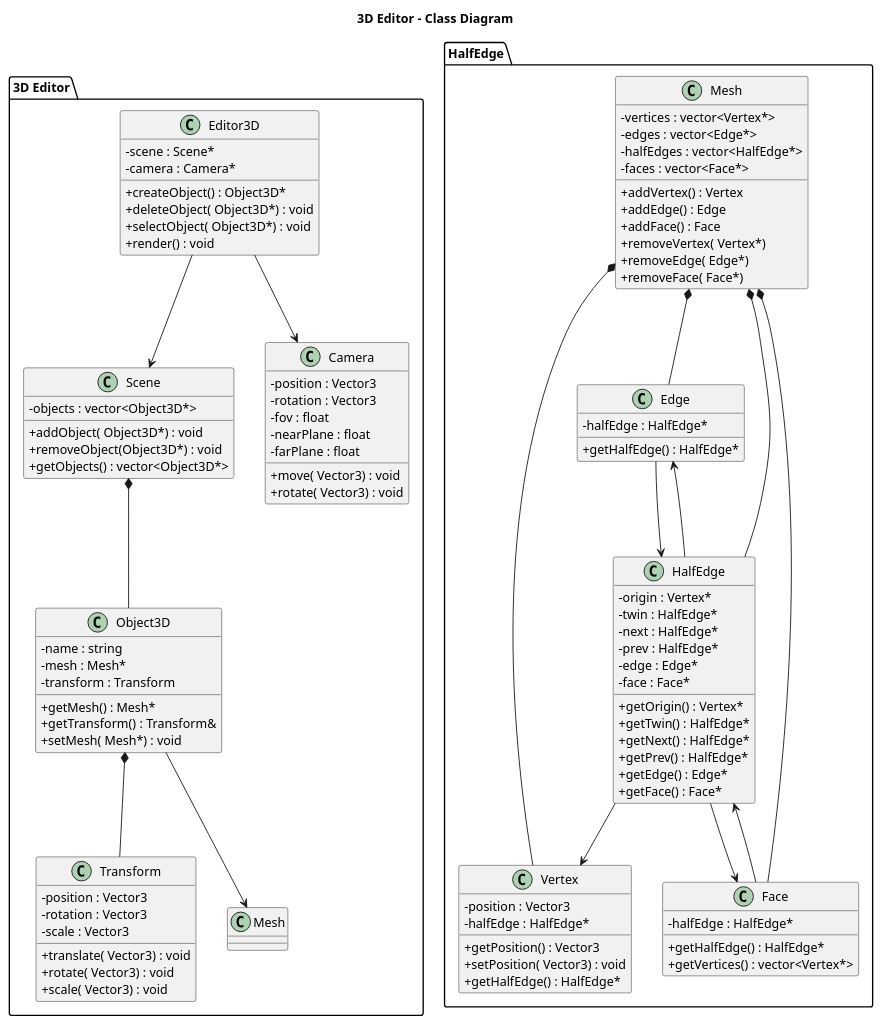
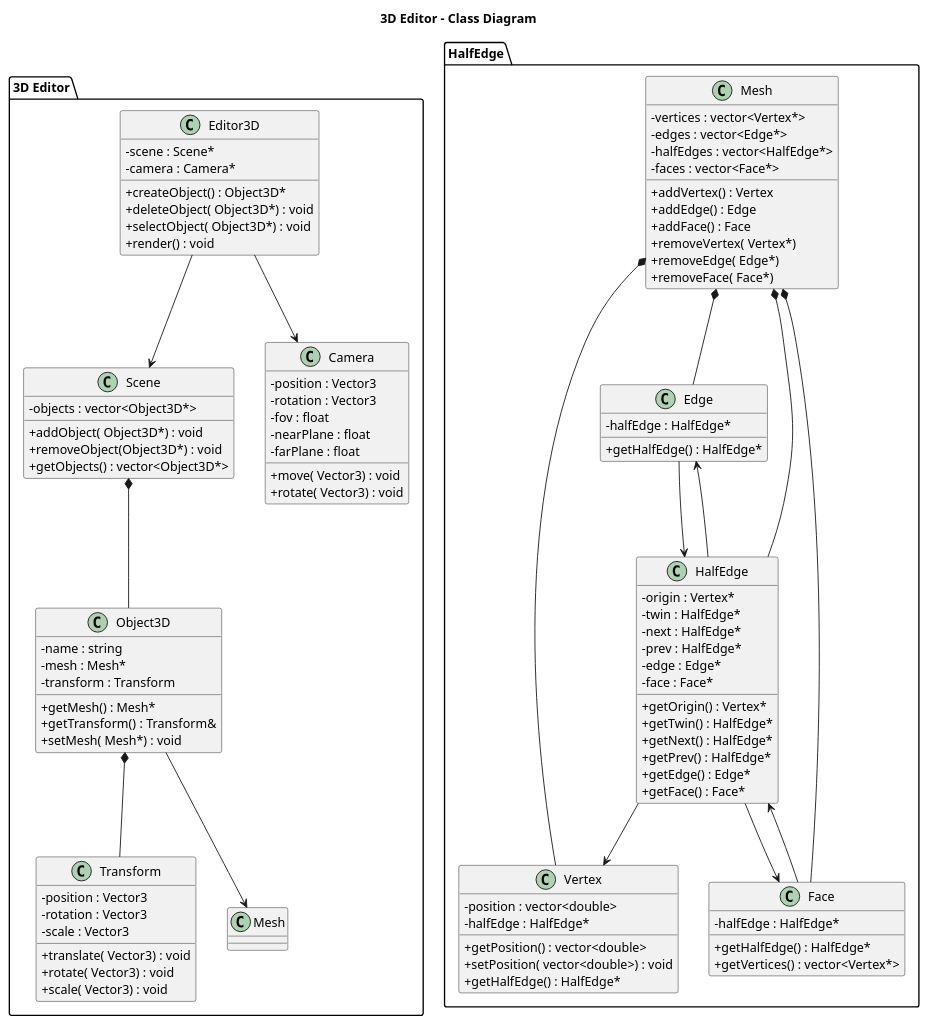
The diagram in pre-code/UML.puml (raianC/3D_editor), drawn with PlantUML before and after one commit. The commit also changed 9 other files, not shown here.

```diff
--- a/pre-code/UML.puml
+++ b/pre-code/UML.puml
@@ -1,144 +1,144 @@
 @startuml
 title 3D Editor - Class Diagram
 
 skinparam classAttributeIconSize 0
 skinparam shadowing false
 
 
 
 package "3D Editor" {
 
     class Editor3D {
         - scene : Scene*
         - camera : Camera*
         + createObject() : Object3D*
         + deleteObject( Object3D*) : void
         + selectObject( Object3D*) : void
         + render() : void
     }
 
     class Scene {
         - objects : vector<Object3D*>
         + addObject( Object3D*) : void
         + removeObject(Object3D*) : void
         + getObjects() : vector<Object3D*>
     }
 
     class Object3D {
         - name : string
         - mesh : Mesh*
         - transform : Transform
         + getMesh() : Mesh*
         + getTransform() : Transform&
         + setMesh( Mesh*) : void
     }
 
     class Transform {
         - position : Vector3
         - rotation : Vector3
         - scale : Vector3
         + translate( Vector3) : void
         + rotate( Vector3) : void
         + scale( Vector3) : void
 
     }
 
     class Camera {
         - position : Vector3
         - rotation : Vector3
         - fov : float
         - nearPlane : float
         - farPlane : float
         + move( Vector3) : void
         + rotate( Vector3) : void
     }
 
     Editor3D  -->  Scene 
     Editor3D  -->  Camera 
 
     Scene *--  Object3D 
 
     Object3D  *--  Transform 
     Object3D  -->  Mesh 
 }
 
 
 
 
 package "HalfEdge" {
 
     class Mesh {
         - vertices : vector<Vertex*>
         - edges : vector<Edge*>
         - halfEdges : vector<HalfEdge*>
         - faces : vector<Face*>
 
         + addVertex() : Vertex
         + addEdge() : Edge
         + addFace() : Face
         + removeVertex( Vertex*) 
         + removeEdge( Edge*) 
         + removeFace( Face*) 
     }
 
     class Vertex {
-        - position : Vector3
+        - position : vector<double>
         - halfEdge : HalfEdge*
 
-        + getPosition() : Vector3
-        + setPosition( Vector3) : void
+        + getPosition() : vector<double>
+        + setPosition( vector<double>) : void
         + getHalfEdge() : HalfEdge*
     }
 
     class Edge {
         - halfEdge : HalfEdge*
 
         + getHalfEdge() : HalfEdge*
     }
 
     class HalfEdge {
         - origin : Vertex*
         - twin : HalfEdge*
         - next : HalfEdge*
         - prev : HalfEdge*
         - edge : Edge*
         - face : Face*
 
         + getOrigin() : Vertex*
         + getTwin() : HalfEdge*
         + getNext() : HalfEdge*
         + getPrev() : HalfEdge*
         + getEdge() : Edge*
         + getFace() : Face*
     }
 
     class Face {
         - halfEdge : HalfEdge*
 
         + getHalfEdge() : HalfEdge*
         + getVertices() : vector<Vertex*>
     }
 
     
 
     Mesh  *--  Vertex 
     Mesh  *--  Edge 
     Mesh  *--  HalfEdge 
     Mesh  *--  Face 
 
 
 
     Edge  -->  HalfEdge 
 
     HalfEdge  -->  Vertex 
 
     HalfEdge  -->  Edge 
     HalfEdge  -->  Face 
 
     Face  -->  HalfEdge 
 }
 
 
 
 
 @enduml
```
